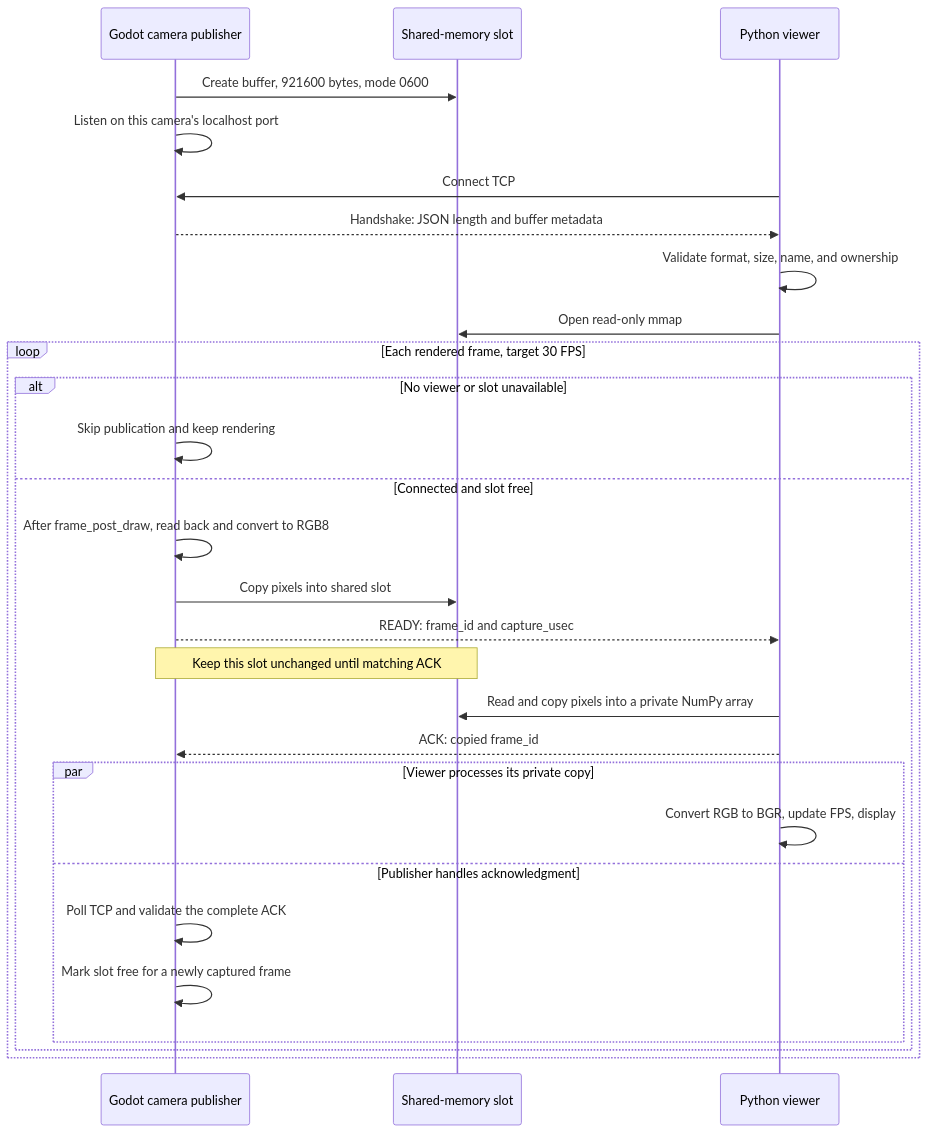
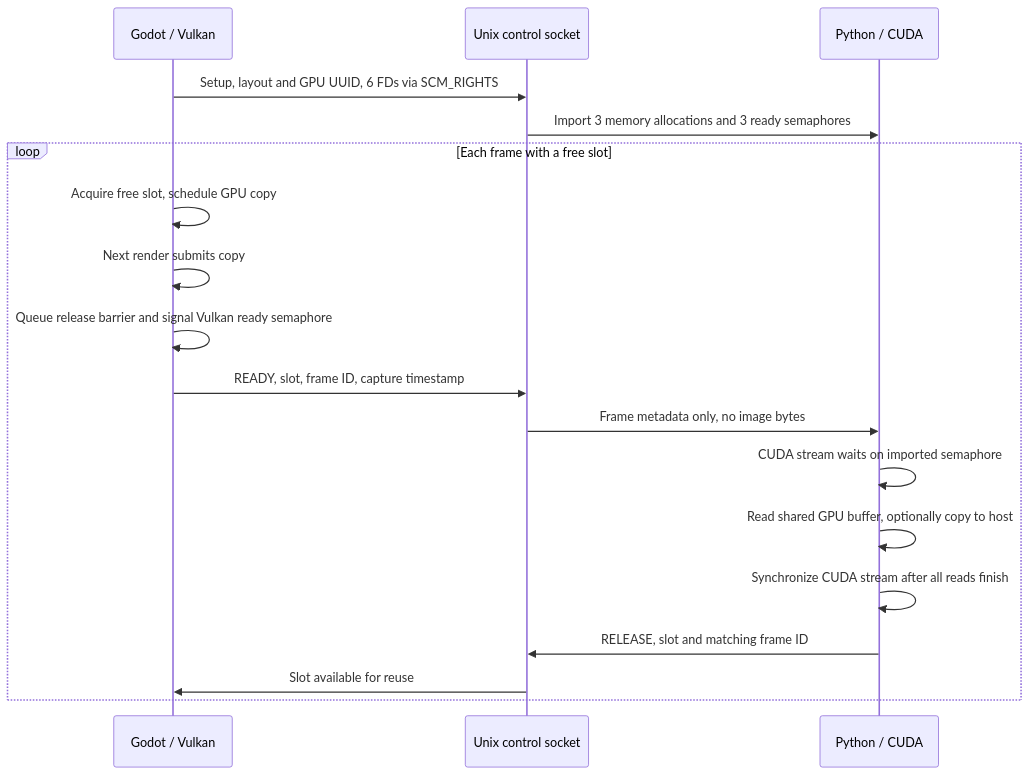
The second of 2 diagrams in README.md (robobe/godot_camera_publish), drawn with Mermaid before and after one commit. The commit also changed other lines of this file and 22 other files, not shown here.

Commit message:
Add GPU-shared camera publisher and benchmark

````diff
--- a/README.md
+++ b/README.md
@@ -130,32 +71,20 @@
 ```mermaid
 sequenceDiagram
-    participant G as Godot camera publisher
-    participant M as Shared-memory slot
-    participant V as Python viewer
-
-    G->>M: Create buffer, 921600 bytes, mode 0600
-    G->>G: Listen on this camera's localhost port
-    V->>G: Connect TCP
-    G-->>V: Handshake: JSON length and buffer metadata
-    V->>V: Validate format, size, name, and ownership
-    V->>M: Open read-only mmap
-
-    loop Each rendered frame, target 30 FPS
-        alt No viewer or slot unavailable
-            G->>G: Skip publication and keep rendering
-        else Connected and slot free
-            G->>G: After frame_post_draw, read back and convert to RGB8
-            G->>M: Copy pixels into shared slot
-            G-->>V: READY: frame_id and capture_usec
-            Note over G,M: Keep this slot unchanged until matching ACK
-            V->>M: Read and copy pixels into a private NumPy array
-            V-->>G: ACK: copied frame_id
-            par Viewer processes its private copy
-                V->>V: Convert RGB to BGR, update FPS, display
-            and Publisher handles acknowledgment
-                G->>G: Poll TCP and validate the complete ACK
-                G->>G: Mark slot free for a newly captured frame
-            end
-        end
+    participant G as Godot / Vulkan
+    participant S as Unix control socket
+    participant P as Python / CUDA
+    G->>S: Setup, layout and GPU UUID, 6 FDs via SCM_RIGHTS
+    S->>P: Import 3 memory allocations and 3 ready semaphores
+    loop Each frame with a free slot
+        G->>G: Acquire free slot, schedule GPU copy
+        G->>G: Next render submits copy
+        G->>G: Queue release barrier and signal Vulkan ready semaphore
+        G->>S: READY, slot, frame ID, capture timestamp
+        S->>P: Frame metadata only, no image bytes
+        P->>P: CUDA stream waits on imported semaphore
+        P->>P: Read shared GPU buffer, optionally copy to host
+        P->>P: Synchronize CUDA stream after all reads finish
+        P->>S: RELEASE, slot and matching frame ID
+        S->>G: Slot available for reuse
     end
 ```
````
